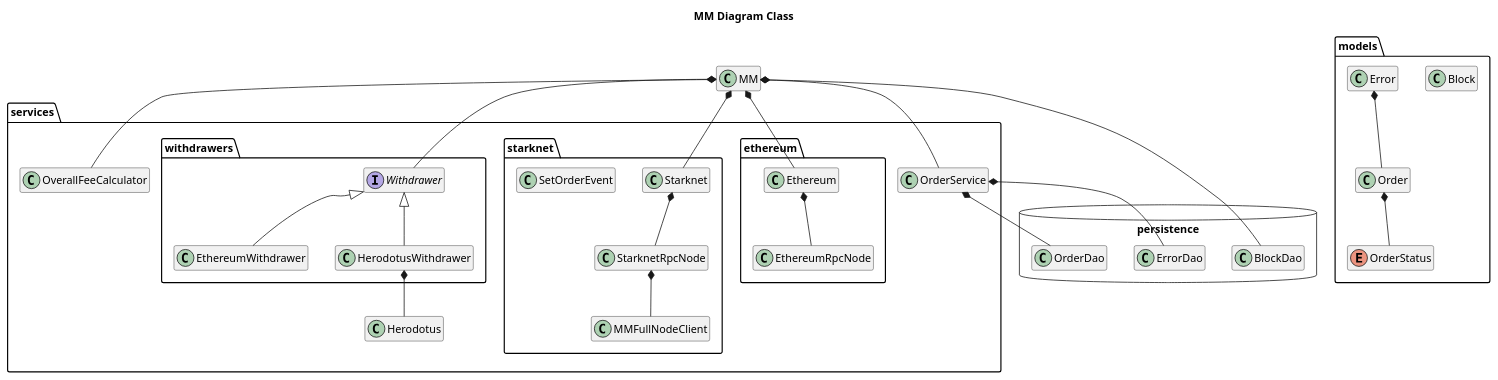
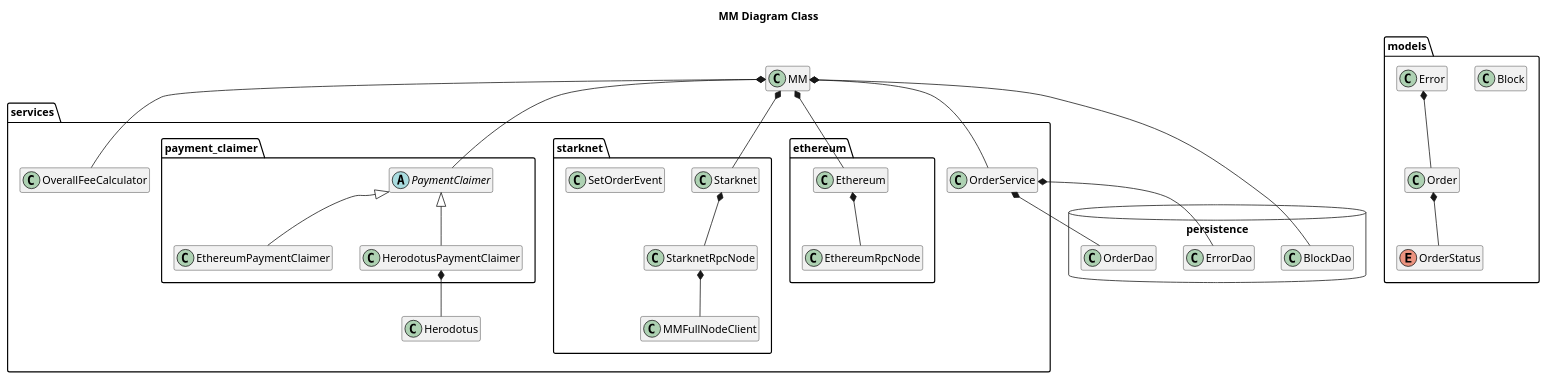
Before and after one commit to yetanotherco/yet-another-bridge: the diagram in mm-bot/docs/diagrams/class_diagrams.puml, drawn with PlantUML. The commit also changed 43 other files, not shown here.

First line of the commit message:
refactor: renaming of yabtransfer to paymentregistry and withdraw to claimPayment (#145)

```diff
--- a/mm-bot/docs/diagrams/class_diagrams.puml
+++ b/mm-bot/docs/diagrams/class_diagrams.puml
@@ -28,7 +28,7 @@
     class Ethereum {
       __ main methods __
       + transfer(deposit_id, dst_addr, amount)
-      + withdraw(deposit_id, dst_addr, amount, value)
+      + claim_payment(deposit_id, dst_addr, amount, value)
       + get_is_used_order(order_id, recipient_address, amount, rpc_node): bool
 
       __ auxiliary methods __
@@ -36,7 +36,7 @@
       + get_balance(rpc_node): int
       + has_funds(amount: int): bool
       + create_transfer(deposit_id, dst_addr_bytes, amount, rpc_node)
-      + create_withdraw(deposit_id, dst_addr_bytes, amount, value, rpc_node)
+      + create_claim_payment(deposit_id, dst_addr_bytes, amount, value, rpc_node)
       + get_nonce(w3: Web3, address)
       + estimate_transaction_fee(transaction, rpc_node)
       + get_gas_price(rpc_node)
@@ -82,7 +82,7 @@
   class OverallFeeCalculator {
     estimate_overall_fee(order: Order): int
     estimate_transfer_fee(order: Order): int
-    estimate_yab_withdraw_fee(): int
+    estimate_yab_claim_payment_fee(): int
     estimate_message_fee(order: Order):
   }
   MM *-- OverallFeeCalculator
@@ -93,7 +93,7 @@
                                   to_block_number: Literal["pending", "latest"] | int | None,
                                   continuation_token, rpc_node)
       + get_order_events(from_block_number, to_block_number): list[SetOrderEvent]
-      + withdraw(order_id, block, slot): bool
+      + claim_payment(order_id, block, slot): bool
 
       __ auxiliary methods __
       + create_set_order_event(event)
@@ -132,23 +132,23 @@
     }
   }
 
-  package withdrawers {
-    interface Withdrawer {
-    + send_withdraw(order: Order, order_service: OrderService)
-    + wait_for_withdraw(order: Order, order_service: OrderService)
-    + close_withdraw(order: Order, order_service: OrderService)
+  package payment_claimer {
+   abstract PaymentClaimer {
+    + send_payment_claim(order: Order, order_service: OrderService)
+    + wait_for_payment_claim(order: Order, order_service: OrderService)
+    + close_payment_claim(order: Order, order_service: OrderService)
     }
-    MM *-right- Withdrawer
+    MM *-right- PaymentClaimer
 
-    class EthereumWithdrawer {
-      {static} estimate_withdraw_fallback_message_fee(order_id, recipient_address, amount)
+    class EthereumPaymentClaimer {
+      {static} estimate_claim_payment_fallback_message_fee(order_id, recipient_address, amount)
     }
-    Withdrawer <|-- EthereumWithdrawer
+    PaymentClaimer <|-- EthereumPaymentClaimer
 
-    class HerodotusWithdrawer {
+    class HerodotusPaymentClaimer {
     }
-    Withdrawer <|-- HerodotusWithdrawer
-    HerodotusWithdrawer *-- Herodotus
+    PaymentClaimer <|-- HerodotusPaymentClaimer
+    HerodotusPaymentClaimer *-- Herodotus
   }
 }
 
@@ -203,7 +203,7 @@
     + herodotus_task_id
     + herodotus_block
     + herodotus_slot
-    + eth_withdraw_tx_hash
+    + eth_claim_tx_hash
     + completed_at
     + created_at
 
```
